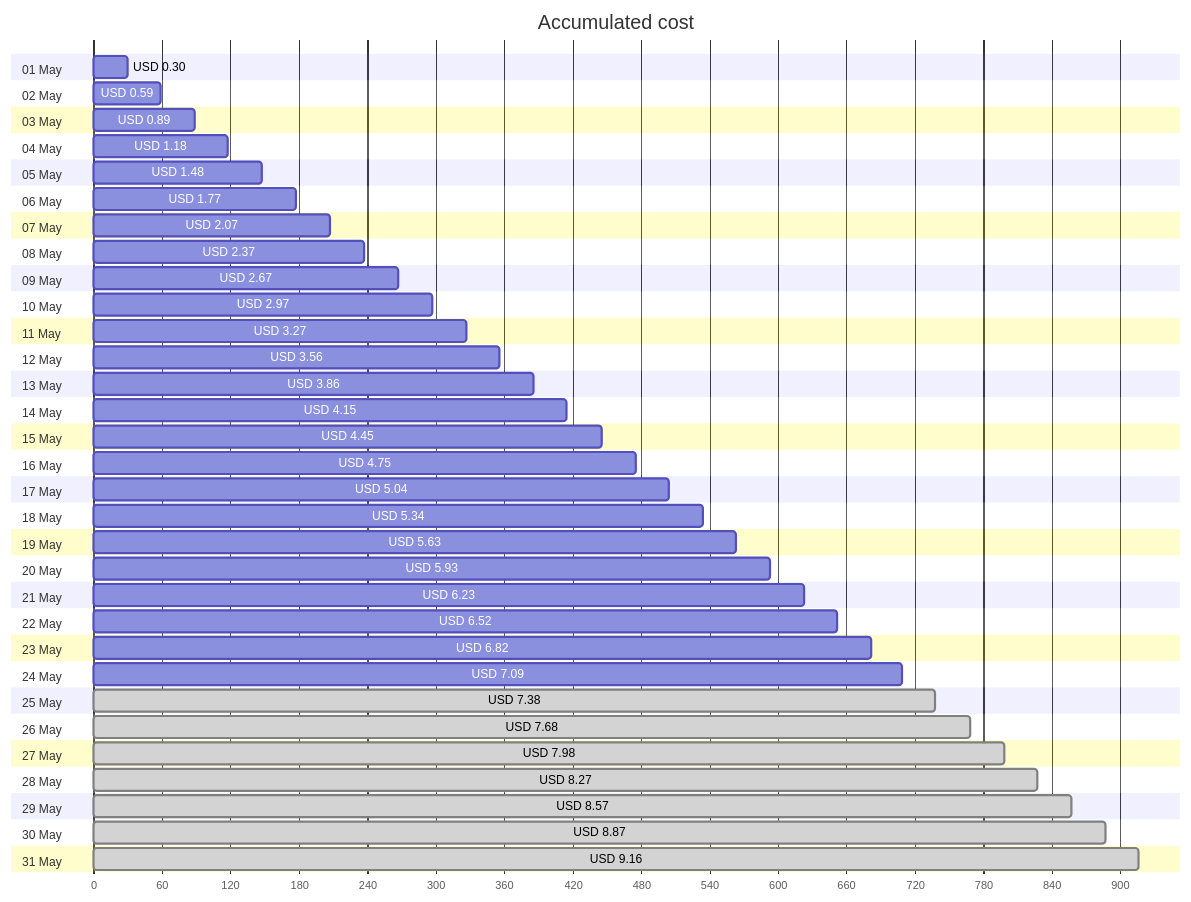
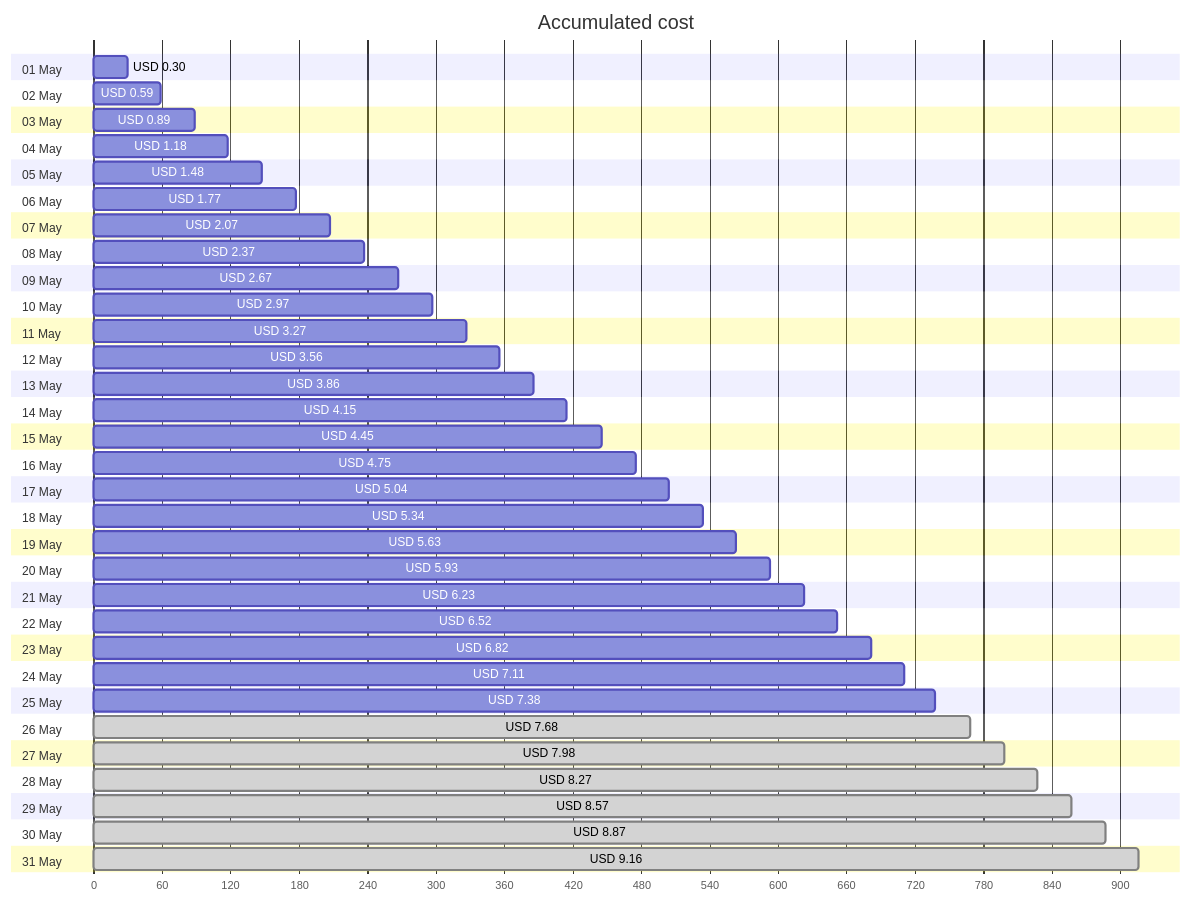
Before and after one commit to jpfulton/azure-personal-reports: the first of 4 diagrams in cost-reports/personal-site/personal-site-preview.md, drawn with Mermaid. The commit also changed other lines of this file and 6 other files, not shown here.

````diff
--- a/cost-reports/personal-site/personal-site-preview.md
+++ b/cost-reports/personal-site/personal-site-preview.md
@@ -20,68 +20,68 @@
 ```mermaid
 gantt
    title Accumulated cost
    dateFormat  X
    axisFormat %s
    section 01 May
    USD 0.30 :0, 30
    section 02 May
    USD 0.59 :0, 59
    section 03 May
    USD 0.89 :0, 89
    section 04 May
    USD 1.18 :0, 118
    section 05 May
    USD 1.48 :0, 148
    section 06 May
    USD 1.77 :0, 177
    section 07 May
    USD 2.07 :0, 207
    section 08 May
    USD 2.37 :0, 237
    section 09 May
    USD 2.67 :0, 267
    section 10 May
    USD 2.97 :0, 297
    section 11 May
    USD 3.27 :0, 327
    section 12 May
    USD 3.56 :0, 356
    section 13 May
    USD 3.86 :0, 386
    section 14 May
    USD 4.15 :0, 415
    section 15 May
    USD 4.45 :0, 445
    section 16 May
    USD 4.75 :0, 475
    section 17 May
    USD 5.04 :0, 504
    section 18 May
    USD 5.34 :0, 534
    section 19 May
    USD 5.63 :0, 563
    section 20 May
    USD 5.93 :0, 593
    section 21 May
    USD 6.23 :0, 623
    section 22 May
    USD 6.52 :0, 652
    section 23 May
    USD 6.82 :0, 682
    section 24 May
-   USD 7.09 :0, 709
+   USD 7.11 :0, 711
    section 25 May
-   USD 7.38 : done, 0, 738
+   USD 7.38 :0, 738
    section 26 May
    USD 7.68 : done, 0, 768
    section 27 May
    USD 7.98 : done, 0, 798
    section 28 May
    USD 8.27 : done, 0, 827
    section 29 May
    USD 8.57 : done, 0, 857
    section 30 May
    USD 8.87 : done, 0, 887
    section 31 May
    USD 9.16 : done, 0, 916
 ```
````
